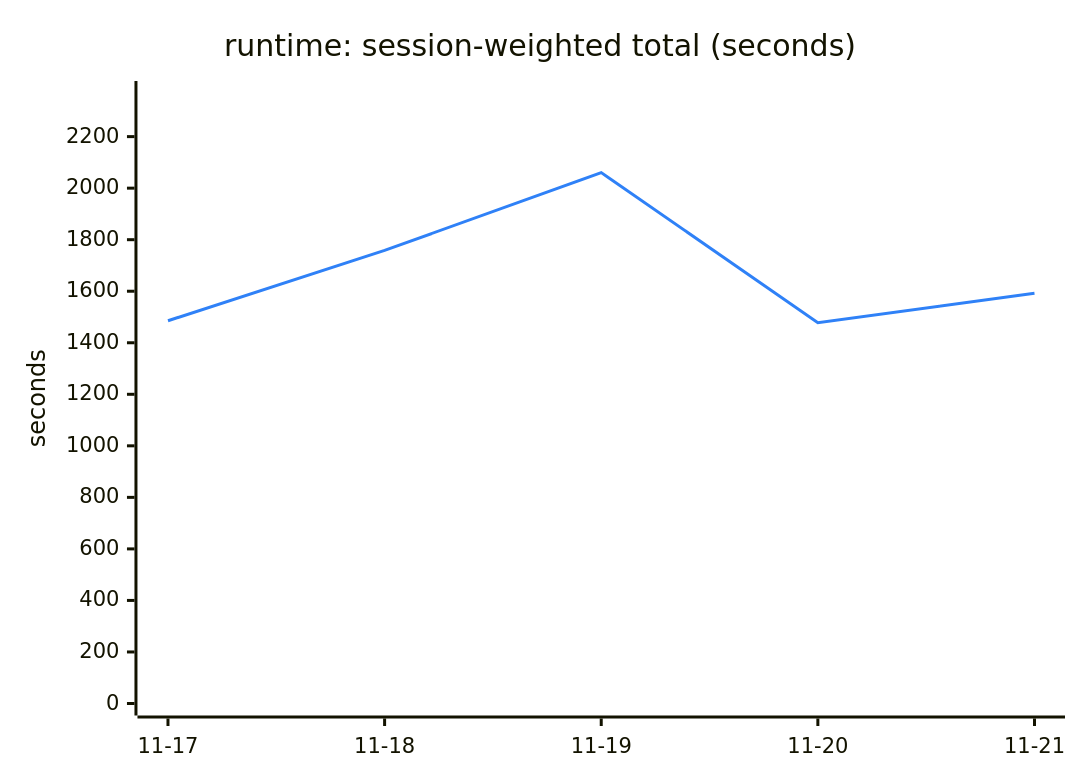
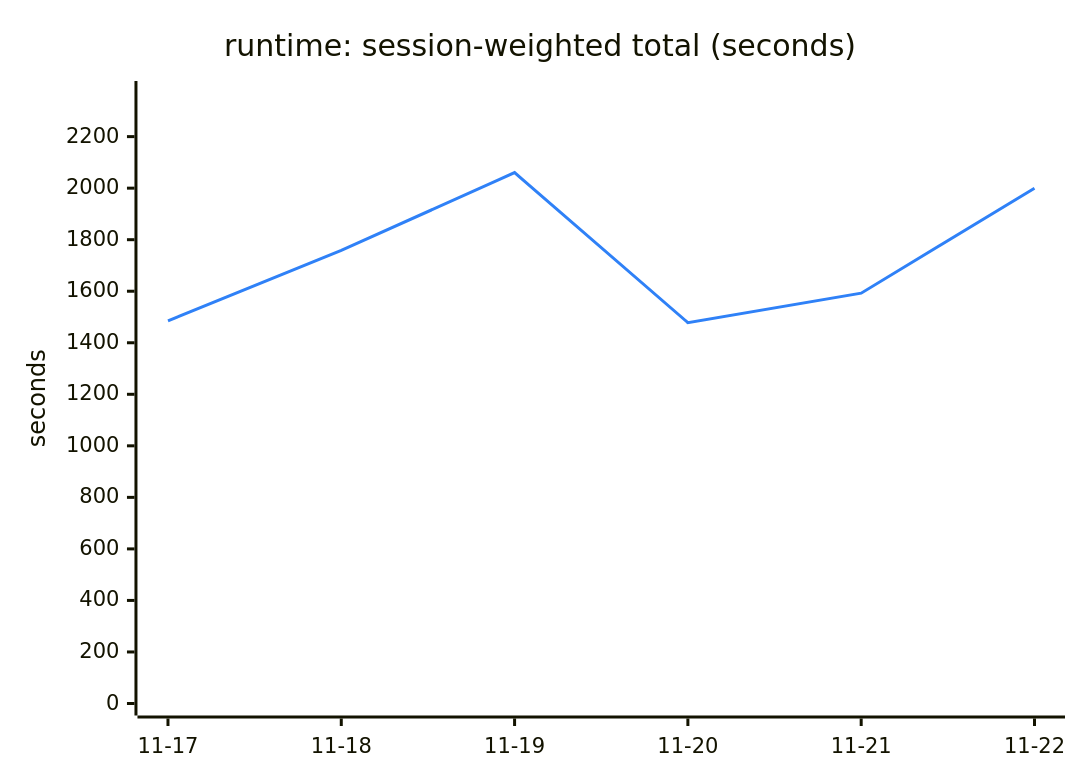
One commit to Ricovl/mxcli changed the sixth of 6 diagrams in TREND.md. Above: the diagram before and after it, drawn with Mermaid. The commit also changed other lines of this file and 2 other files, not shown here.

````diff
--- a/TREND.md
+++ b/TREND.md
@@ -137,13 +137,13 @@
 ```mermaid
 ---
 config:
   themeVariables:
     xyChart:
       plotColorPalette: "#2f81f7"
 ---
 xychart-beta
     title "runtime: session-weighted total (seconds)"
-    x-axis ["11-17", "11-18", "11-19", "11-20", "11-21"]
+    x-axis ["11-17", "11-18", "11-19", "11-20", "11-21", "11-22"]
     y-axis "seconds" 0 --> 2369.30
-    line [1485.35, 1758.30, 2060.26, 1478.08, 1592.45]
+    line [1485.35, 1758.30, 2060.26, 1478.08, 1592.45, 1999.87]
 ```
````
